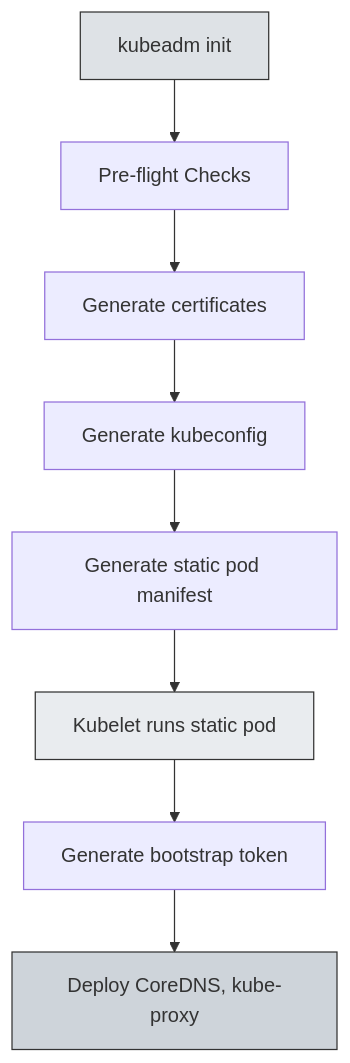
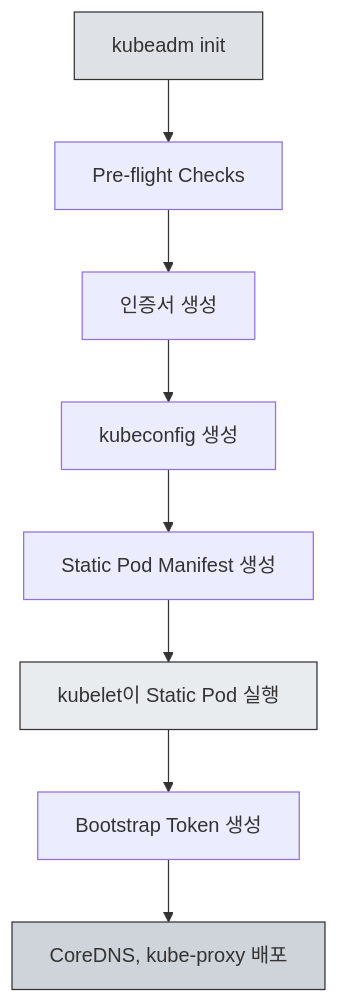
One commit to doxxx93/doxxx.dev changed the seventh of 9 diagrams in i18n/en/docusaurus-plugin-content-blog/2026-01-05/the-weight-of-kubernetes-installation.md. Above: the diagram before and after it, drawn with Mermaid. The commit also changed other lines of this file and 4 other files, not shown here.

````diff
--- a/i18n/en/docusaurus-plugin-content-blog/2026-01-05/the-weight-of-kubernetes-installation.md
+++ b/i18n/en/docusaurus-plugin-content-blog/2026-01-05/the-weight-of-kubernetes-installation.md
@@ -216,14 +216,14 @@
 ```mermaid
 flowchart TD
     A["kubeadm init"] --> B["Pre-flight Checks"]
-    B --> C["Generate certificates"]
-    C --> D["Generate kubeconfig"]
-    D --> E["Generate static pod manifest"]
-    E --> F["Kubelet runs static pod"]
-    F --> G["Generate bootstrap token"]
-    G --> H["Deploy CoreDNS, kube-proxy"]
+    B --> C["인증서 생성"]
+    C --> D["kubeconfig 생성"]
+    D --> E["Static Pod Manifest 생성"]
+    E --> F["kubelet이 Static Pod 실행"]
+    F --> G["Bootstrap Token 생성"]
+    G --> H["CoreDNS, kube-proxy 배포"]
 
     style A fill:#dee2e6,stroke:#333
     style F fill:#e9ecef,stroke:#333
     style H fill:#ced4da,stroke:#333
 ```
````
